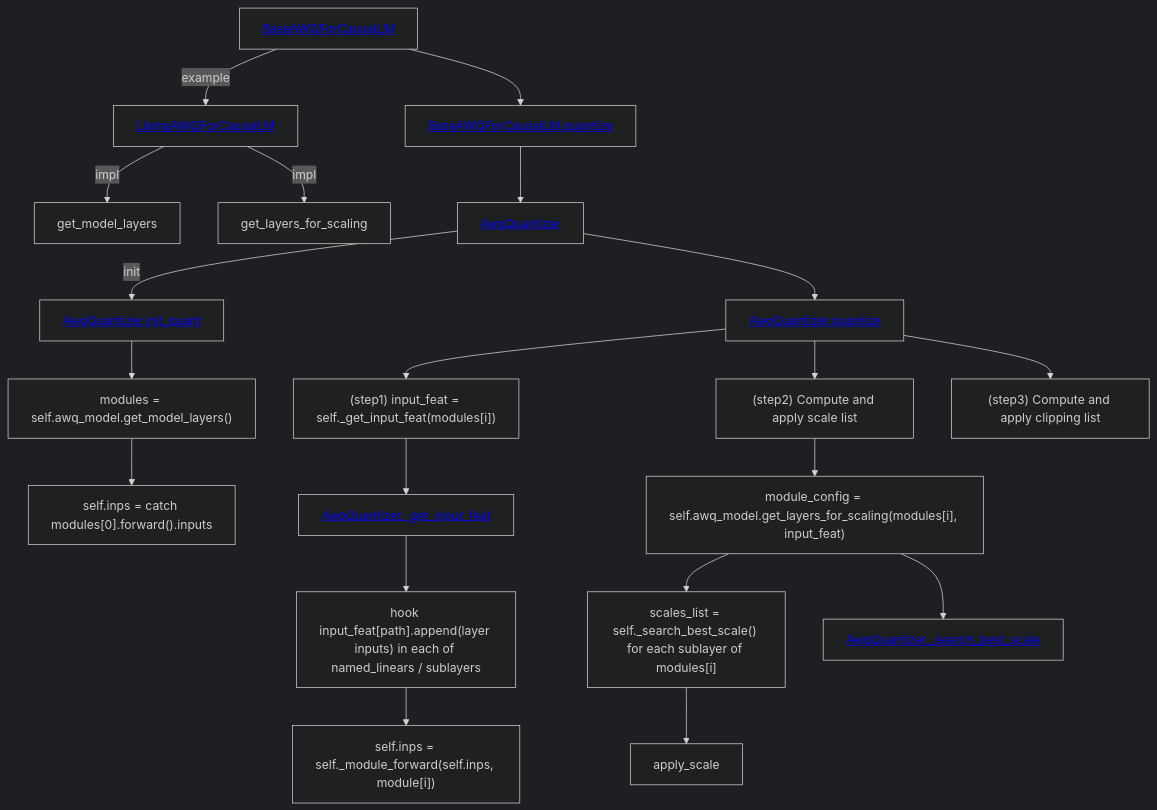
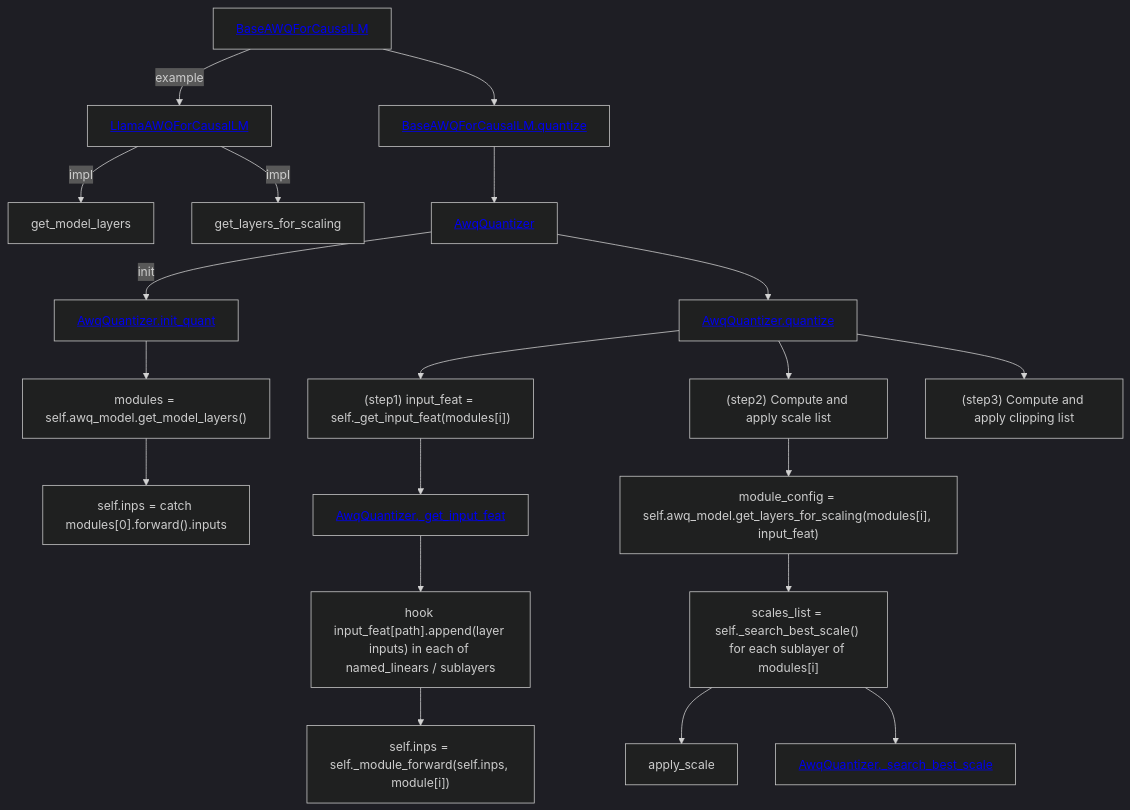
One commit to w32zhong/AutoAWQ changed the diagram in README.md. Above: the diagram before and after it, drawn with Mermaid (dark theme).

````diff
--- a/README.md
+++ b/README.md
@@ -2,37 +2,37 @@
 ```mermaid
 graph TD;
     BaseAWQForCausalLM[<a href="https://github.com/w32zhong/AutoAWQ/blob/1c5787f5c44acc2753c0e30e4b59412343cb4a71/awq/models/base.py#L89">BaseAWQForCausalLM</a>]
     LlamaAWQForCausalLM[<a href="https://github.com/w32zhong/AutoAWQ/blob/1c5787f5c44acc2753c0e30e4b59412343cb4a71/awq/models/llama.py#L14">LlamaAWQForCausalLM</a>]
     BaseAWQForCausalLM -->|example| LlamaAWQForCausalLM
     LlamaAWQForCausalLM -->|impl| get_model_layers
     LlamaAWQForCausalLM -->|impl| get_layers_for_scaling
 
     BaseAWQForCausalLM_quantize[<a href="https://github.com/w32zhong/AutoAWQ/blob/1c5787f5c44acc2753c0e30e4b59412343cb4a71/awq/models/base.py#L129">BaseAWQForCausalLM.quantize</a>]
     BaseAWQForCausalLM --> BaseAWQForCausalLM_quantize --> AwqQuantizer
     AwqQuantizer[<a href="https://github.com/w32zhong/AutoAWQ/blob/1c5787f5c44acc2753c0e30e4b59412343cb4a71/awq/quantize/quantizer.py#L27">AwqQuantizer</a>]
     AwqQuantizer -->|init| AwqQuantizer.init_quant
     AwqQuantizer.init_quant[<a href="https://github.com/w32zhong/AutoAWQ/blob/1c5787f5c44acc2753c0e30e4b59412343cb4a71/awq/quantize/quantizer.py#L544">AwqQuantizer.init_quant</a>]
     AwqQuantizer.init_quant --> get_model_layers__call --> first_inp
     get_model_layers__call["modules = self.awq_model.get_model_layers()"]
     first_inp["self.inps = catch modules[0].forward().inputs"]
 
     AwqQuantizer --> AwqQuantizer.quantize
     AwqQuantizer.quantize[<a href="https://github.com/w32zhong/AutoAWQ/blob/1c5787f5c44acc2753c0e30e4b59412343cb4a71/awq/quantize/quantizer.py#L126">AwqQuantizer.quantize</a>]
     AwqQuantizer.quantize --> _get_input_feat__call --> _get_input_feat --> hook_sublayers --> _module_forward 
     _get_input_feat__call["(step1) input_feat = self._get_input_feat(modules[i])"]
     _get_input_feat[<a href="https://github.com/w32zhong/AutoAWQ/blob/1c5787f5c44acc2753c0e30e4b59412343cb4a71/awq/quantize/quantizer.py#L609">AwqQuantizer._get_input_feat</a>]
     hook_sublayers["hook input_feat[path].append(layer inputs) in each of named_linears / sublayers"]
     _module_forward["self.inps = self._module_forward(self.inps, module[i])"]
 
     AwqQuantizer.quantize --> step2
     AwqQuantizer.quantize --> step3
     step2["(step2) Compute and apply scale list"]
     step3["(step3) Compute and apply clipping list"]
 
     step2 --> get_layers_for_scaling_call --> _search_best_scale_call --> apply_scale
     get_layers_for_scaling_call["module_config = self.awq_model.get_layers_for_scaling(modules[i], input_feat)"]
     _search_best_scale_call["scales_list = self._search_best_scale() for each sublayer of modules[i]"]
 
     _search_best_scale[<a href="https://github.com/w32zhong/AutoAWQ/blob/1c5787f5c44acc2753c0e30e4b59412343cb4a71/awq/quantize/quantizer.py#L275">AwqQuantizer._search_best_scale</a>]
-    get_layers_for_scaling_call --> _search_best_scale
+    _search_best_scale_call --> _search_best_scale
 ```
````
